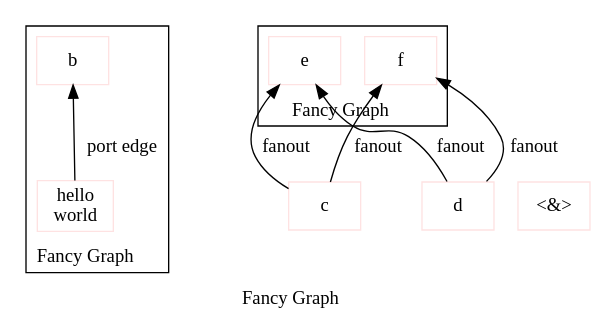
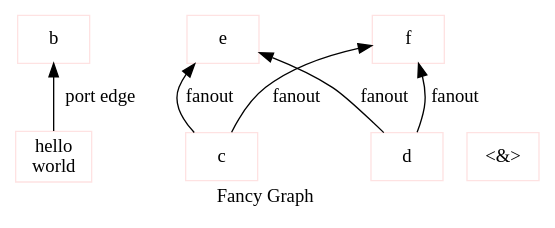
The diagram in examples/subgraph.dot (passchaos/vex), drawn with Graphviz before and after one commit. The commit also changed 10 other files, not shown here.

```diff
--- a/examples/subgraph.dot
+++ b/examples/subgraph.dot
@@ -1,13 +1,13 @@
 strict digraph Fancy {
   graph [rankdir=BT label=<Fancy Graph>];
   node [shape=box color="#fee2e2"];
 
-  subgraph cluster_left {
+  subgraph left_group {
     a:out [label="hello\nworld"];
     b;
   }
 
-  { c d } -> subgraph cluster_right { e f } [label="fanout"];
+  { c d } -> subgraph right_group { e f } [label="fanout"];
   a:out:e -> b:in:w [label="port edge"];
   -1 [label="<&>"];
 }
```
